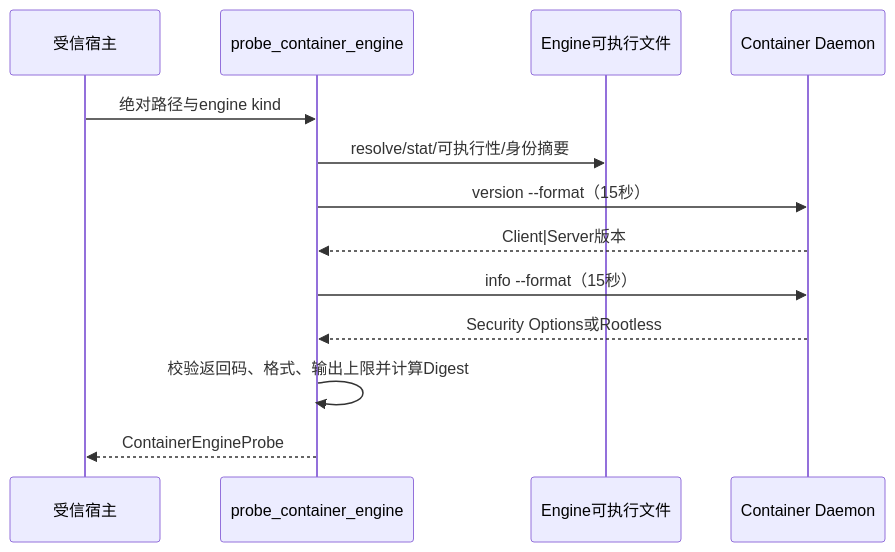
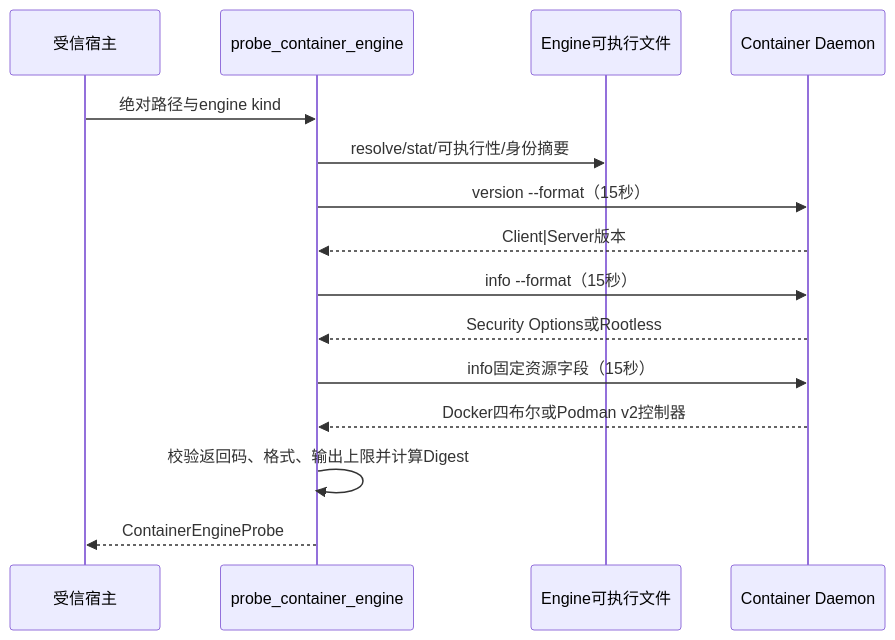
One commit to carrie1988/Harnessix changed the third of 13 diagrams in docs/modules/sandbox.md. Above: the diagram before and after it, drawn with Mermaid. The commit also changed other lines of this file and 21 other files, not shown here.

````diff
--- a/docs/modules/sandbox.md
+++ b/docs/modules/sandbox.md
@@ -305,15 +307,17 @@
 ```mermaid
 sequenceDiagram
     participant H as 受信宿主
     participant P as probe_container_engine
     participant F as Engine可执行文件
     participant D as Container Daemon
     H->>P: 绝对路径与engine kind
     P->>F: resolve/stat/可执行性/身份摘要
     P->>D: version --format（15秒）
     D-->>P: Client|Server版本
     P->>D: info --format（15秒）
     D-->>P: Security Options或Rootless
+    P->>D: info固定资源字段（15秒）
+    D-->>P: Docker四布尔或Podman v2控制器
     P->>P: 校验返回码、格式、输出上限并计算Digest
     P-->>H: ContainerEngineProbe
 ```
````
